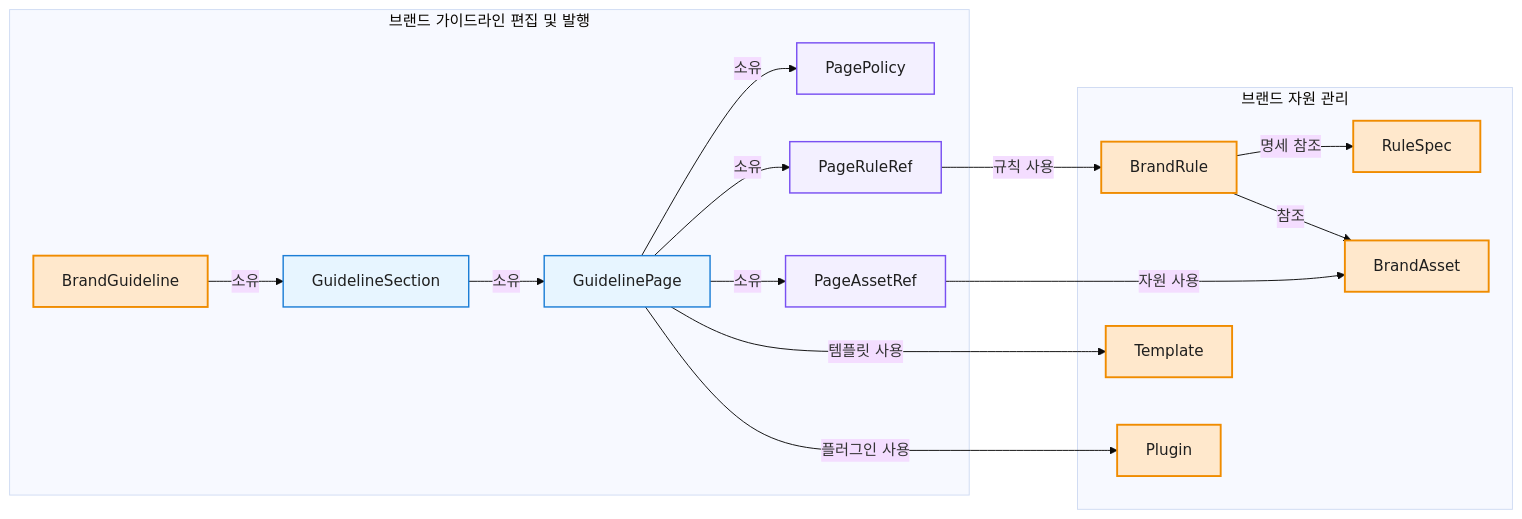
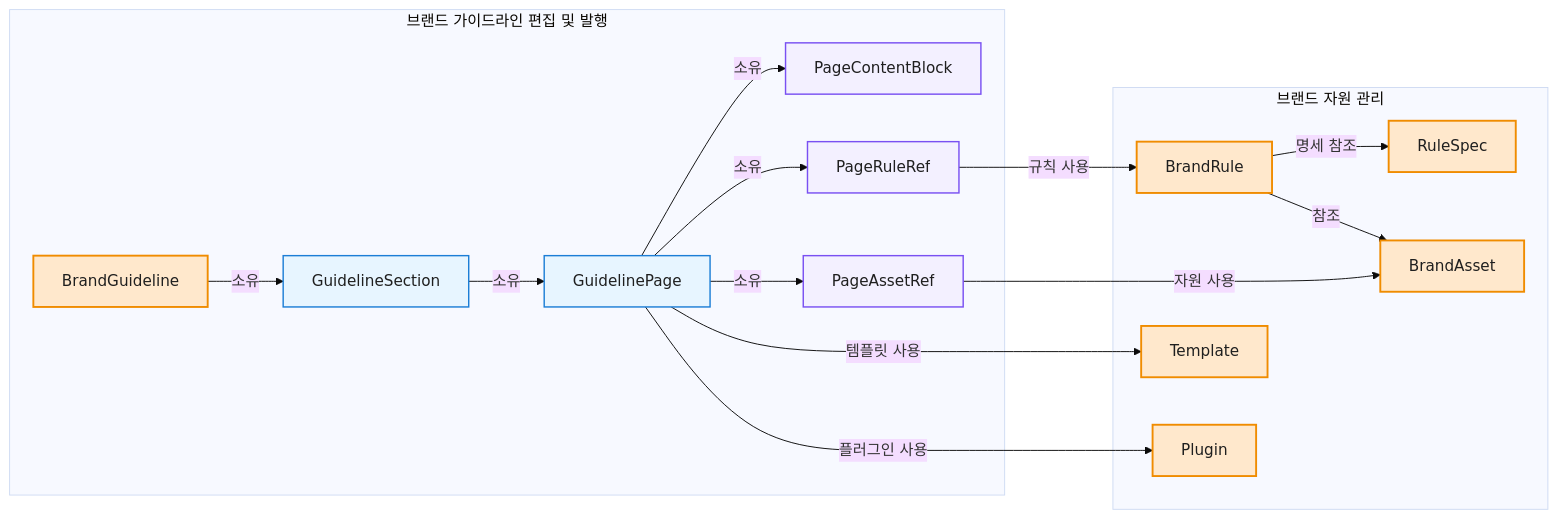
Before and after one commit to ewoooo/living-brand-system: the third of 5 diagrams in docs/04-domain-model.md, drawn with Mermaid (base theme). The commit also changed other lines of this file and 4 other files, not shown here.

````diff
--- a/docs/04-domain-model.md
+++ b/docs/04-domain-model.md
@@ -258,39 +257,39 @@
 ```mermaid
 flowchart LR
   subgraph Edit["브랜드 가이드라인 편집 및 발행"]
     BrandGuideline["BrandGuideline"]
     Section["GuidelineSection"]
     Page["GuidelinePage"]
-    Policy["PagePolicy"]
+    PageContentBlock["PageContentBlock"]
     PageRuleRefNode["PageRuleRef"]
     PageAssetRefNode["PageAssetRef"]
   end
 
   subgraph Resource["브랜드 자원 관리"]
     RuleSpec["RuleSpec"]
     BrandRule["BrandRule"]
     BrandAsset["BrandAsset"]
     Template["Template"]
     Plugin["Plugin"]
   end
 
   BrandGuideline -->|"소유"| Section
   Section -->|"소유"| Page
-  Page -->|"소유"| Policy
+  Page -->|"소유"| PageContentBlock
   Page -->|"소유"| PageRuleRefNode
   PageRuleRefNode -->|"규칙 사용"| BrandRule
   BrandRule -->|"명세 참조"| RuleSpec
   Page -->|"소유"| PageAssetRefNode
   PageAssetRefNode -->|"자원 사용"| BrandAsset
   Page -->|"템플릿 사용"| Template
   Page -->|"플러그인 사용"| Plugin
   BrandRule -->|"참조"| BrandAsset
 
   classDef aggregate fill:#FFE8CC,stroke:#F08C00,stroke-width:2px,color:#1F1F1F;
   classDef entity fill:#E7F5FF,stroke:#1C7ED6,stroke-width:1.5px,color:#1F1F1F;
   classDef childEntity fill:#F3F0FF,stroke:#7950F2,stroke-width:1.5px,color:#1F1F1F;
 
   class BrandGuideline,RuleSpec,BrandRule,BrandAsset,Template,Plugin aggregate;
   class Section,Page entity;
-  class Policy,PageRuleRefNode,PageAssetRefNode childEntity;
+  class PageContentBlock,PageRuleRefNode,PageAssetRefNode childEntity;
 ```
````
